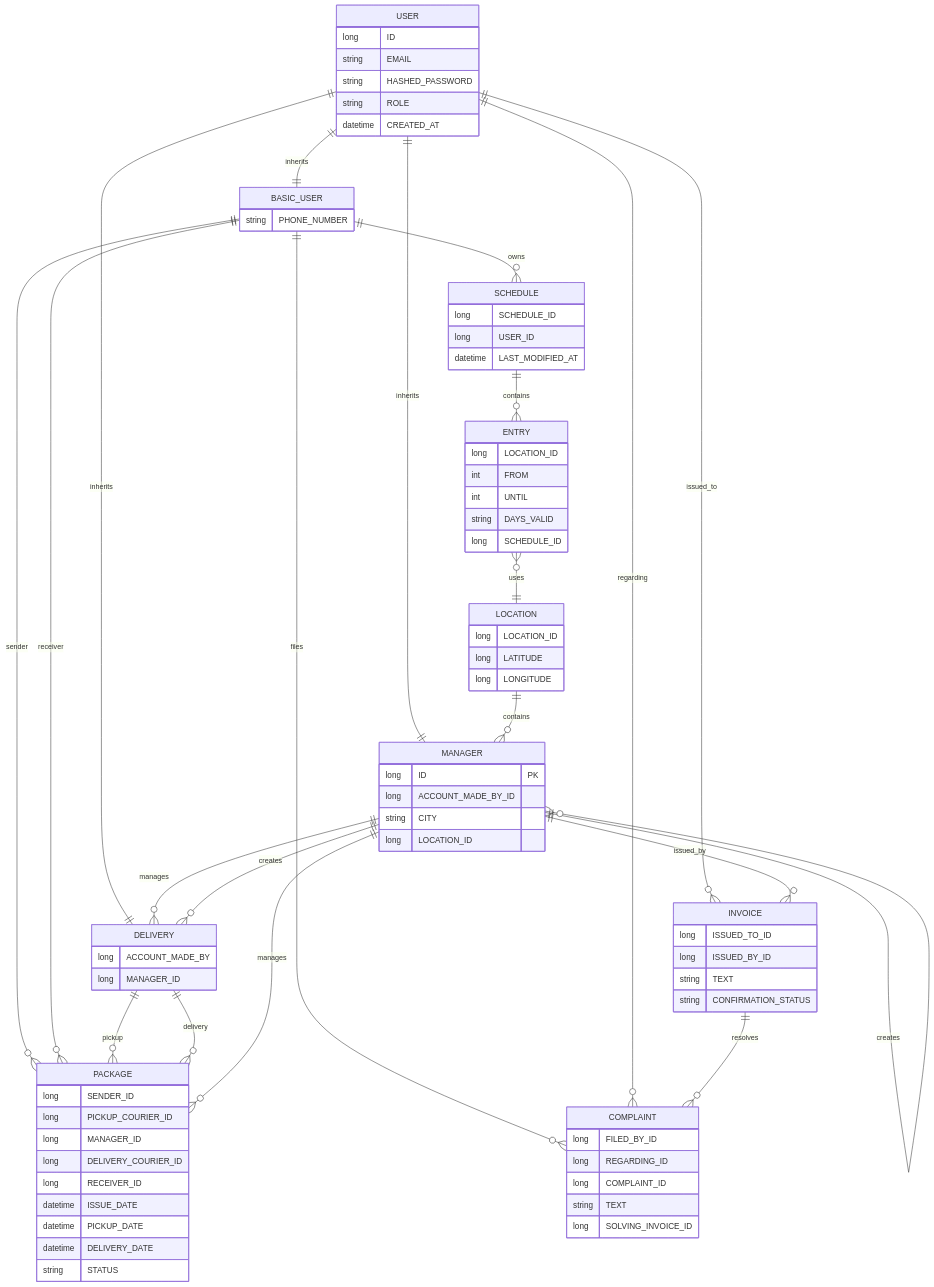
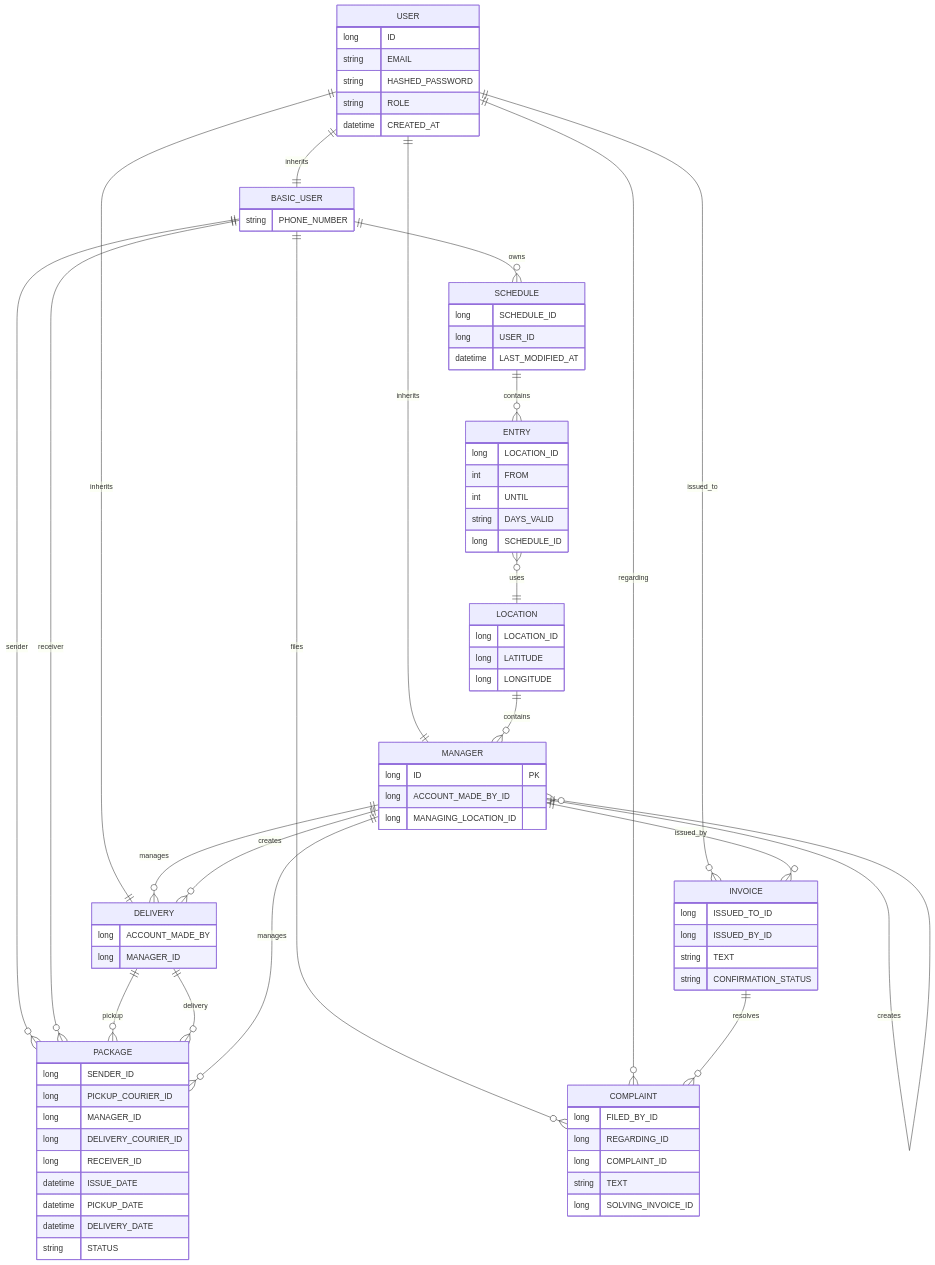
One commit to DariusSasarman/DynamicDeliverySystem changed the diagram in README.md. Above: the diagram before and after it, drawn with Mermaid.

Commit message:
Changed the ER Diagram a bit

```diff
--- a/README.md
+++ b/README.md
@@ -44,8 +44,7 @@
     MANAGER {
         long ID PK
         long ACCOUNT_MADE_BY_ID
-        string CITY
-        long LOCATION_ID
+        long MANAGING_LOCATION_ID
     }
 
     DELIVERY {
```
